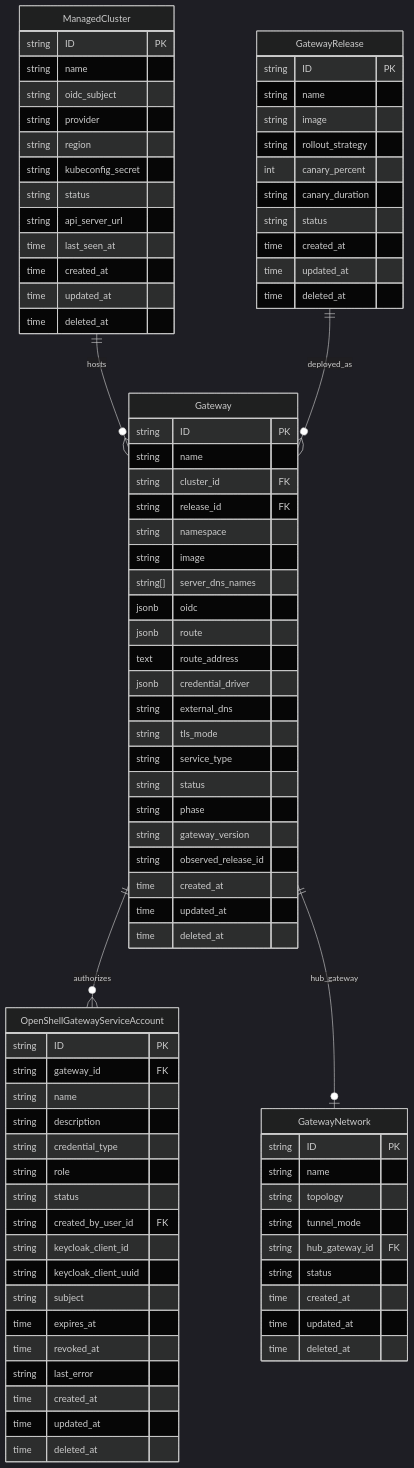
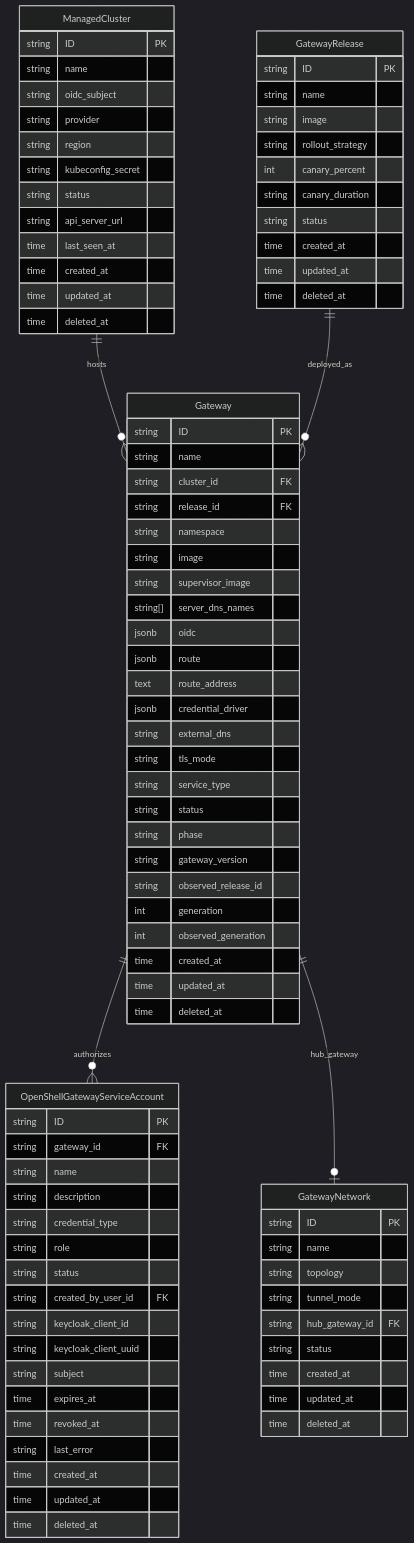
One commit to kdoberst/hypershell changed the diagram in specs/platform/data-model.spec.md. Above: the diagram before and after it, drawn with Mermaid (dark theme). The commit also changed other lines of this file and 65 other files, not shown here.

```diff
--- a/specs/platform/data-model.spec.md
+++ b/specs/platform/data-model.spec.md
@@ -57,6 +57,7 @@
         string release_id FK
         string namespace
         string image
+        string supervisor_image
         string[] server_dns_names
         jsonb oidc
         jsonb route
@@ -69,6 +70,8 @@
         string phase
         string gateway_version
         string observed_release_id
+        int generation
+        int observed_generation
         time created_at
         time updated_at
         time deleted_at
```
